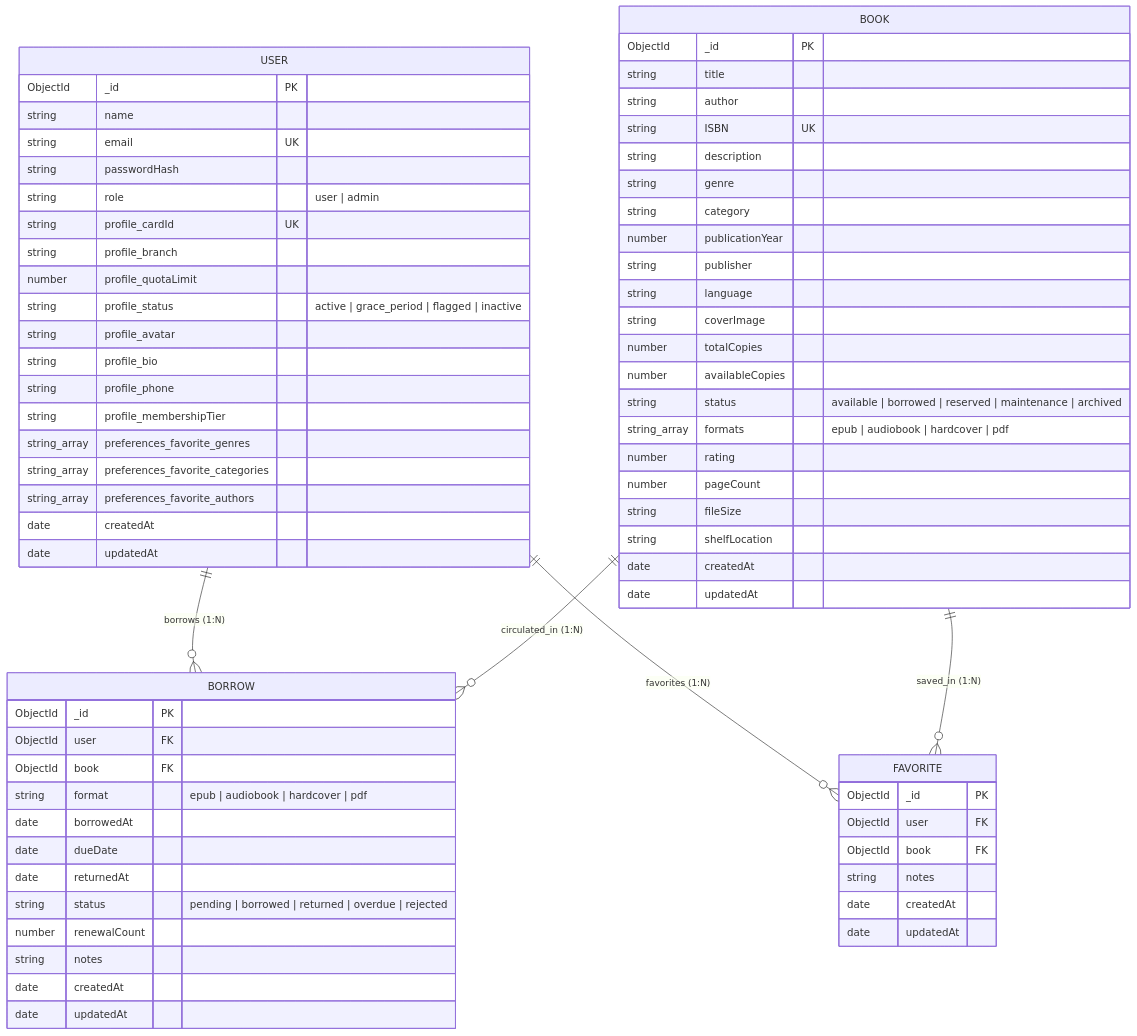
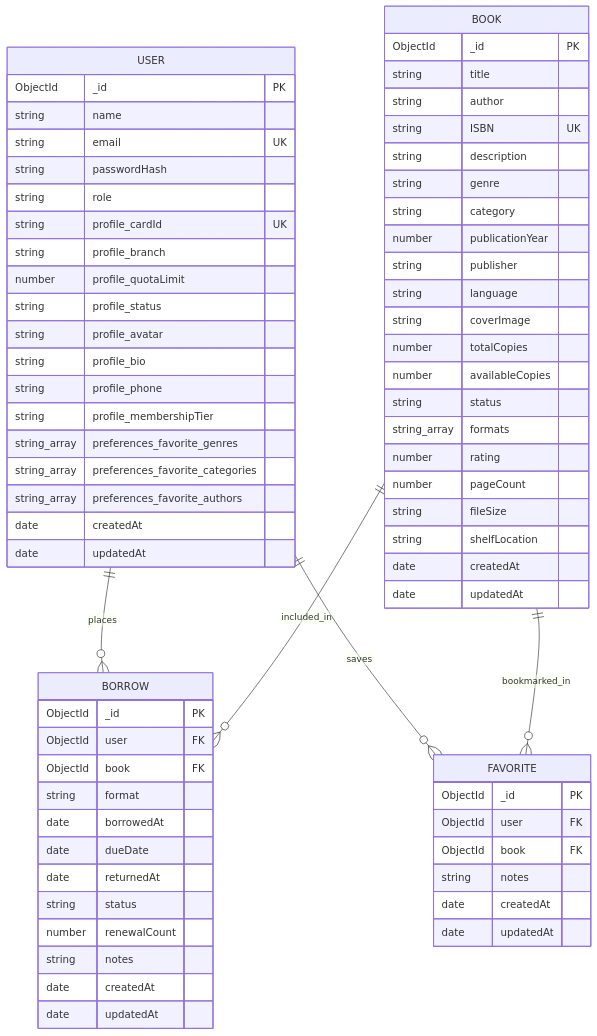
One commit to piyush-1331/BookSphere changed the seventh of 7 diagrams in README.md. Above: the diagram before and after it, drawn with Mermaid. The commit also changed other lines of this file, not shown here.

Commit message:
fix(docs): resolve GitHub Mermaid diagram parsing errors across all sections

````diff
--- a/README.md
+++ b/README.md
@@ -611,76 +613,76 @@
 ```mermaid
 erDiagram
     USER {
         ObjectId _id PK
         string name
         string email UK
         string passwordHash
-        string role "user | admin"
+        string role
         string profile_cardId UK
         string profile_branch
         number profile_quotaLimit
-        string profile_status "active | grace_period | flagged | inactive"
+        string profile_status
         string profile_avatar
         string profile_bio
         string profile_phone
         string profile_membershipTier
         string_array preferences_favorite_genres
         string_array preferences_favorite_categories
         string_array preferences_favorite_authors
         date createdAt
         date updatedAt
     }
 
     BOOK {
         ObjectId _id PK
         string title
         string author
         string ISBN UK
         string description
         string genre
         string category
         number publicationYear
         string publisher
         string language
         string coverImage
         number totalCopies
         number availableCopies
-        string status "available | borrowed | reserved | maintenance | archived"
-        string_array formats "epub | audiobook | hardcover | pdf"
+        string status
+        string_array formats
         number rating
         number pageCount
         string fileSize
         string shelfLocation
         date createdAt
         date updatedAt
     }
 
     BORROW {
         ObjectId _id PK
         ObjectId user FK
         ObjectId book FK
-        string format "epub | audiobook | hardcover | pdf"
+        string format
         date borrowedAt
         date dueDate
         date returnedAt
-        string status "pending | borrowed | returned | overdue | rejected"
+        string status
         number renewalCount
         string notes
         date createdAt
         date updatedAt
     }
 
     FAVORITE {
         ObjectId _id PK
         ObjectId user FK
         ObjectId book FK
         string notes
         date createdAt
         date updatedAt
     }
 
-    USER ||--o{ BORROW : "borrows (1:N)"
-    BOOK ||--o{ BORROW : "circulated_in (1:N)"
-    USER ||--o{ FAVORITE : "favorites (1:N)"
-    BOOK ||--o{ FAVORITE : "saved_in (1:N)"
+    USER ||--o{ BORROW : places
+    BOOK ||--o{ BORROW : included_in
+    USER ||--o{ FAVORITE : saves
+    BOOK ||--o{ FAVORITE : bookmarked_in
 ```
````
